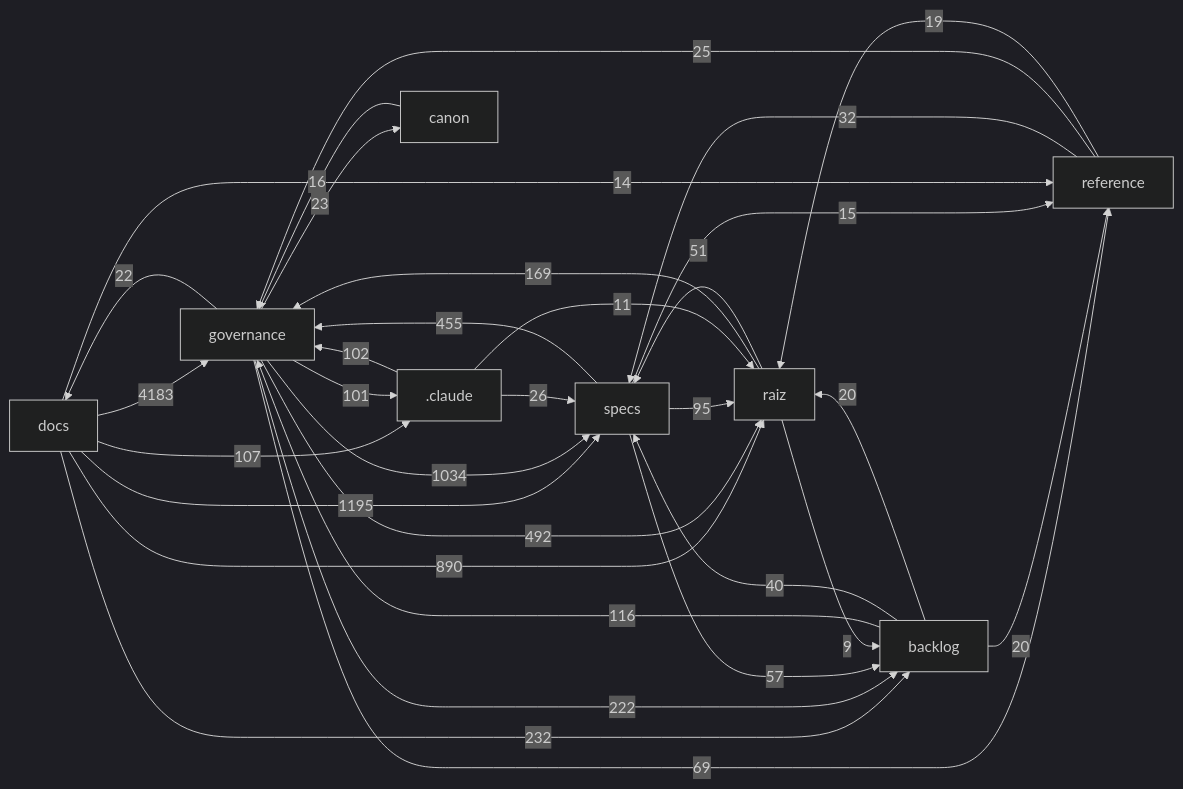
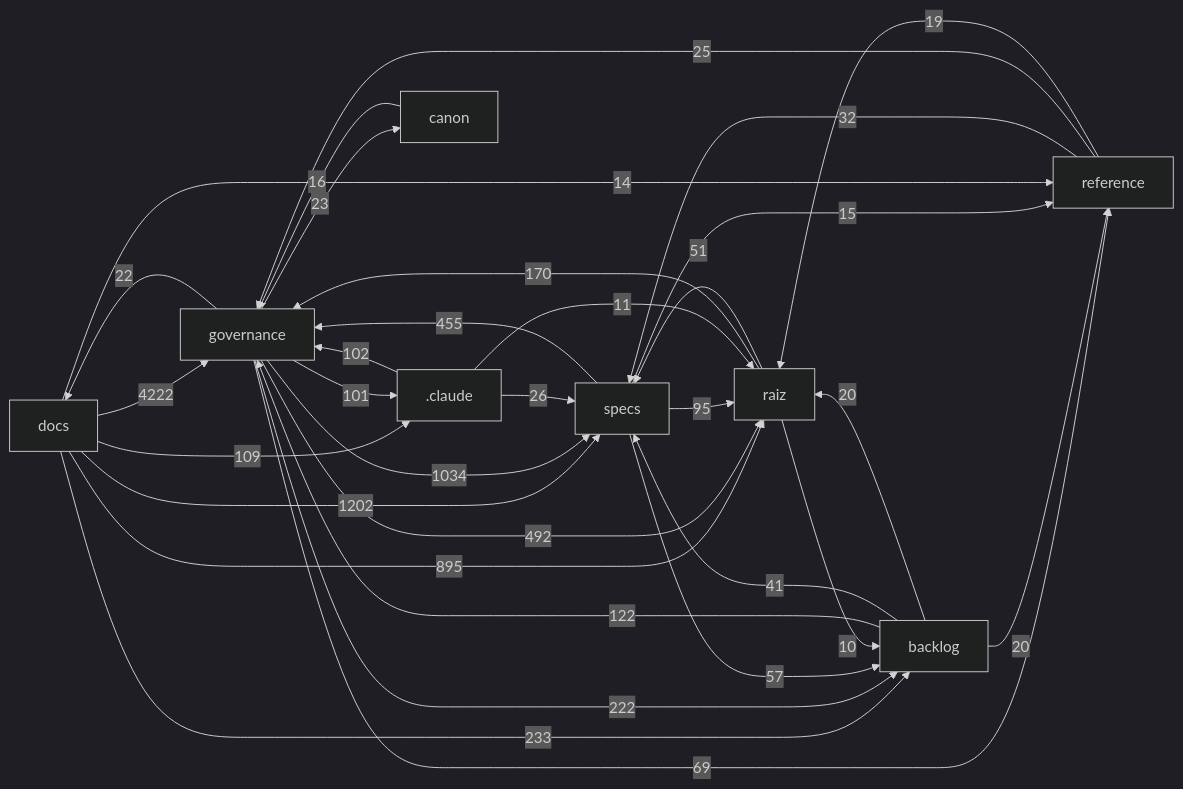
The diagram in docs/mapa/MAPA-PROJETO.md (Andraus35/Sistema-Operacional-de-Trading--SOT), drawn with Mermaid (dark theme) before and after one commit. The commit also changed other lines of this file and 3 other files, not shown here.

````diff
--- a/docs/mapa/MAPA-PROJETO.md
+++ b/docs/mapa/MAPA-PROJETO.md
@@ -29,34 +29,34 @@
 ```mermaid
 flowchart LR
-  docs["docs"] -->|4183| governance["governance"]
-  docs["docs"] -->|1195| specs["specs"]
+  docs["docs"] -->|4222| governance["governance"]
+  docs["docs"] -->|1202| specs["specs"]
   governance["governance"] -->|1034| specs["specs"]
-  docs["docs"] -->|890| raiz["raiz"]
+  docs["docs"] -->|895| raiz["raiz"]
   governance["governance"] -->|492| raiz["raiz"]
   specs["specs"] -->|455| governance["governance"]
-  docs["docs"] -->|232| backlog["backlog"]
+  docs["docs"] -->|233| backlog["backlog"]
   governance["governance"] -->|222| backlog["backlog"]
-  raiz["raiz"] -->|169| governance["governance"]
-  backlog["backlog"] -->|116| governance["governance"]
-  docs["docs"] -->|107| _claude[".claude"]
+  raiz["raiz"] -->|170| governance["governance"]
+  backlog["backlog"] -->|122| governance["governance"]
+  docs["docs"] -->|109| _claude[".claude"]
   _claude[".claude"] -->|102| governance["governance"]
   governance["governance"] -->|101| _claude[".claude"]
   specs["specs"] -->|95| raiz["raiz"]
   governance["governance"] -->|69| reference["reference"]
   specs["specs"] -->|57| backlog["backlog"]
   raiz["raiz"] -->|51| specs["specs"]
-  backlog["backlog"] -->|40| specs["specs"]
+  backlog["backlog"] -->|41| specs["specs"]
   reference["reference"] -->|32| specs["specs"]
   _claude[".claude"] -->|26| specs["specs"]
   reference["reference"] -->|25| governance["governance"]
   governance["governance"] -->|23| canon["canon"]
   governance["governance"] -->|22| docs["docs"]
   backlog["backlog"] -->|20| raiz["raiz"]
   backlog["backlog"] -->|20| reference["reference"]
   reference["reference"] -->|19| raiz["raiz"]
   canon["canon"] -->|16| governance["governance"]
   specs["specs"] -->|15| reference["reference"]
   docs["docs"] -->|14| reference["reference"]
   _claude[".claude"] -->|11| raiz["raiz"]
-  raiz["raiz"] -->|9| backlog["backlog"]
+  raiz["raiz"] -->|10| backlog["backlog"]
 ```
````
